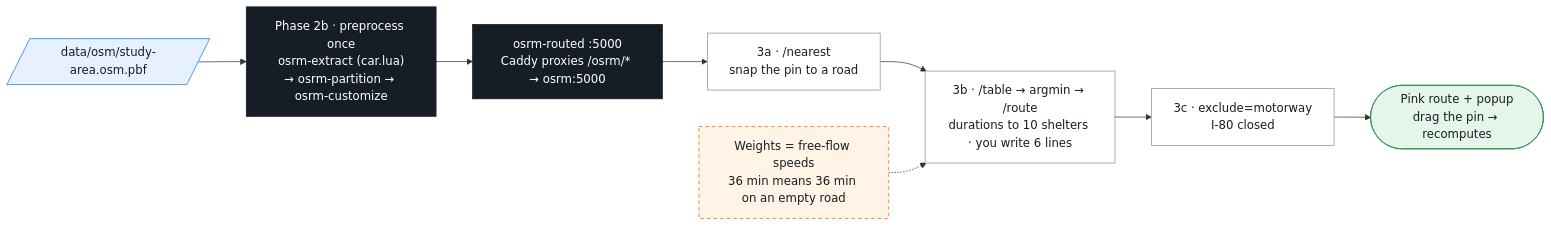
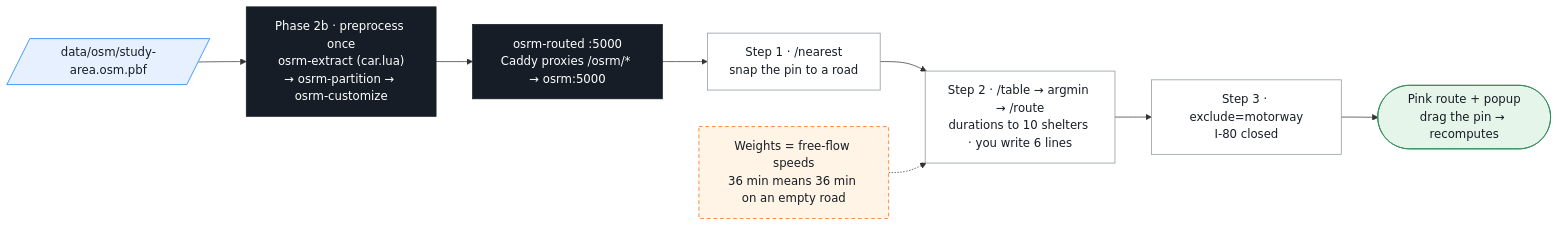
Before and after one commit to vishal4c/routes-to-safety-workshop: the diagram in 03-routing/README.md, drawn with Mermaid. The commit also changed other lines of this file and 37 other files, not shown here.

````diff
--- a/03-routing/README.md
+++ b/03-routing/README.md
@@ -6,20 +6,20 @@
 ```mermaid
 flowchart LR
   classDef file fill:#E6F0FF,stroke:#0678FF,color:#161D26
   classDef tool fill:#161D26,stroke:#161D26,color:#FFFFFF
   classDef step fill:#FFFFFF,stroke:#8A939B,color:#161D26
   classDef chk  fill:#E6F5EA,stroke:#2E8B57,color:#161D26
   classDef bail fill:#FFF4E5,stroke:#FF6101,color:#161D26,stroke-dasharray:5 4
 
   PBF[/"data/osm/study-area.osm.pbf"/]:::file
   PRE["Phase 2b · preprocess once<br/>osrm-extract (car.lua)<br/>→ osrm-partition → osrm-customize"]:::tool
   RT["osrm-routed :5000<br/>Caddy proxies /osrm/* → osrm:5000"]:::tool
-  A["3a · /nearest<br/>snap the pin to a road"]:::step
-  B["3b · /table → argmin → /route<br/>durations to 10 shelters · you write 6 lines"]:::step
-  C["3c · exclude=motorway<br/>I-80 closed"]:::step
+  A["Step 1 · /nearest<br/>snap the pin to a road"]:::step
+  B["Step 2 · /table → argmin → /route<br/>durations to 10 shelters · you write 6 lines"]:::step
+  C["Step 3 · exclude=motorway<br/>I-80 closed"]:::step
   K(["Pink route + popup<br/>drag the pin → recomputes"]):::chk
   W["Weights = free-flow speeds<br/>36 min means 36 min on an empty road"]:::bail
 
   PBF --> PRE --> RT --> A --> B --> C --> K
   W -.-> B
 ```
````
